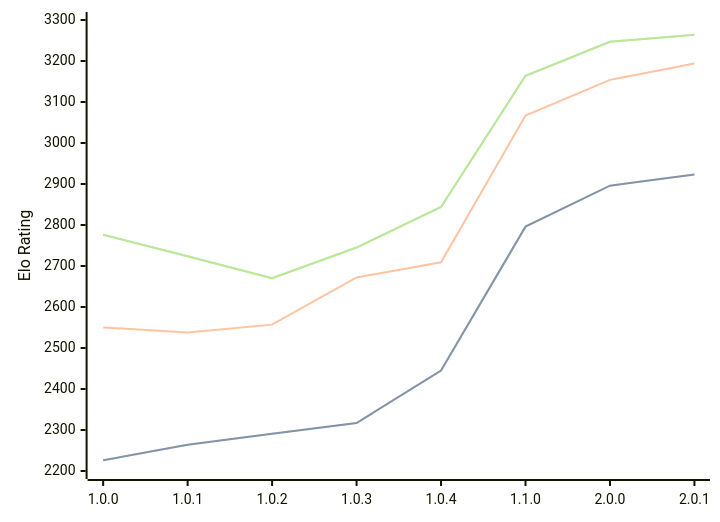
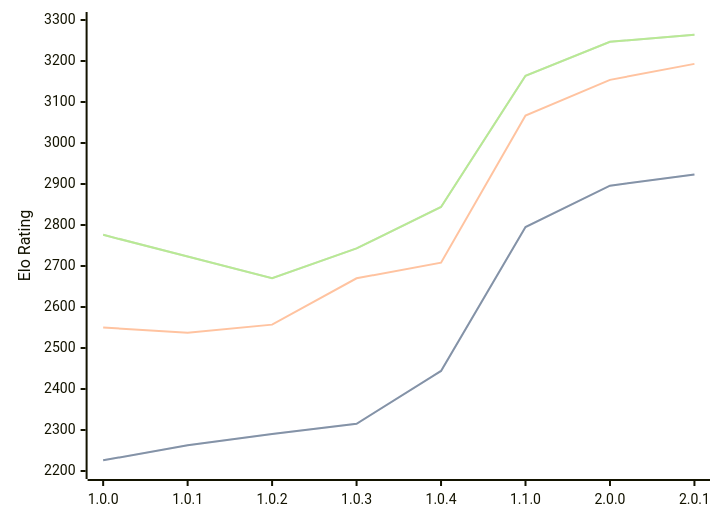
The third of 3 diagrams in engines/Grail.md (computer-chess-index/cci), drawn with Mermaid before and after one commit. The commit also changed other lines of this file, not shown here.

Commit message:
Update CCI Ratings (ELO VLTC) - 2026-06-26

````diff
--- a/engines/Grail.md
+++ b/engines/Grail.md
@@ -71,11 +71,11 @@
 ```mermaid
 %%{init: {"theme":"base","themeVariables":{"seriesColors:['#a3a3a3','#222221','#faa371']}}}%%
 xychart-beta
   x-axis ["1.0.0", "1.0.1", "1.0.2", "1.0.3", "1.0.4", "1.1.0", "2.0.0", "2.0.1"]
   y-axis "Elo Rating" 2200 --> 3300
-  line "STC (8.0+0.08s)" [2226, 2264, 2291, 2317, 2445, 2796, 2896, 2923]
-  line "STC (8.0+0.08s)" [2226, 2264, 2291, 2317, 2445, 2796, 2896, 2923]
-  line "LTC (60.0+0.60s)" [2550, 2538, 2557, 2672, 2709, 3067, 3154, 3194]
-  line "VLTC (2m24s+1.12s)" [2776, 2724, 2670, 2745, 2844, 3164, 3247, 3264]
-  line "VLTC (2m24s+1.12s)" [2776, 2724, 2670, 2745, 2844, 3164, 3247, 3264]
+  line "STC (8.0+0.08s)" [2226, 2263, 2290, 2315, 2444, 2795, 2896, 2923]
+  line "STC (8.0+0.08s)" [2226, 2263, 2290, 2315, 2444, 2795, 2896, 2923]
+  line "LTC (60.0+0.60s)" [2550, 2537, 2557, 2670, 2708, 3067, 3154, 3193]
+  line "VLTC (2m24s+1.12s)" [2776, 2723, 2670, 2743, 2844, 3164, 3247, 3264]
+  line "VLTC (2m24s+1.12s)" [2776, 2723, 2670, 2743, 2844, 3164, 3247, 3264]
 ```
````
